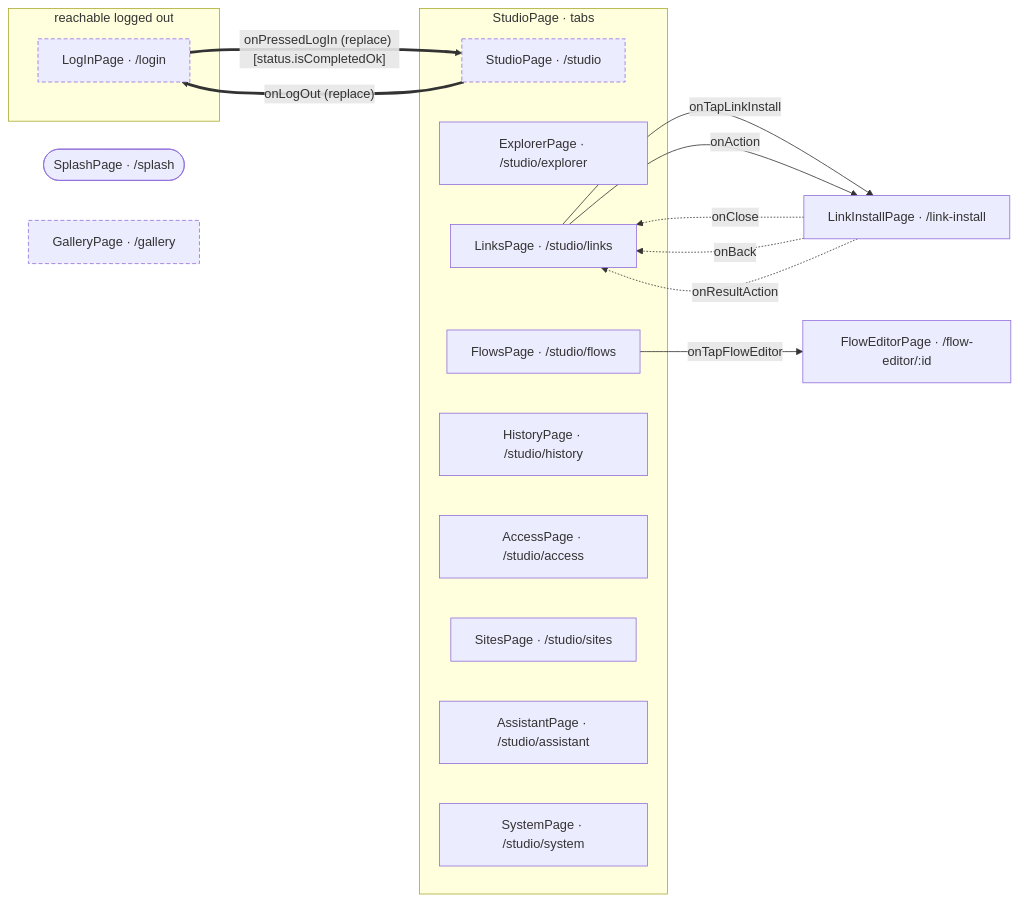
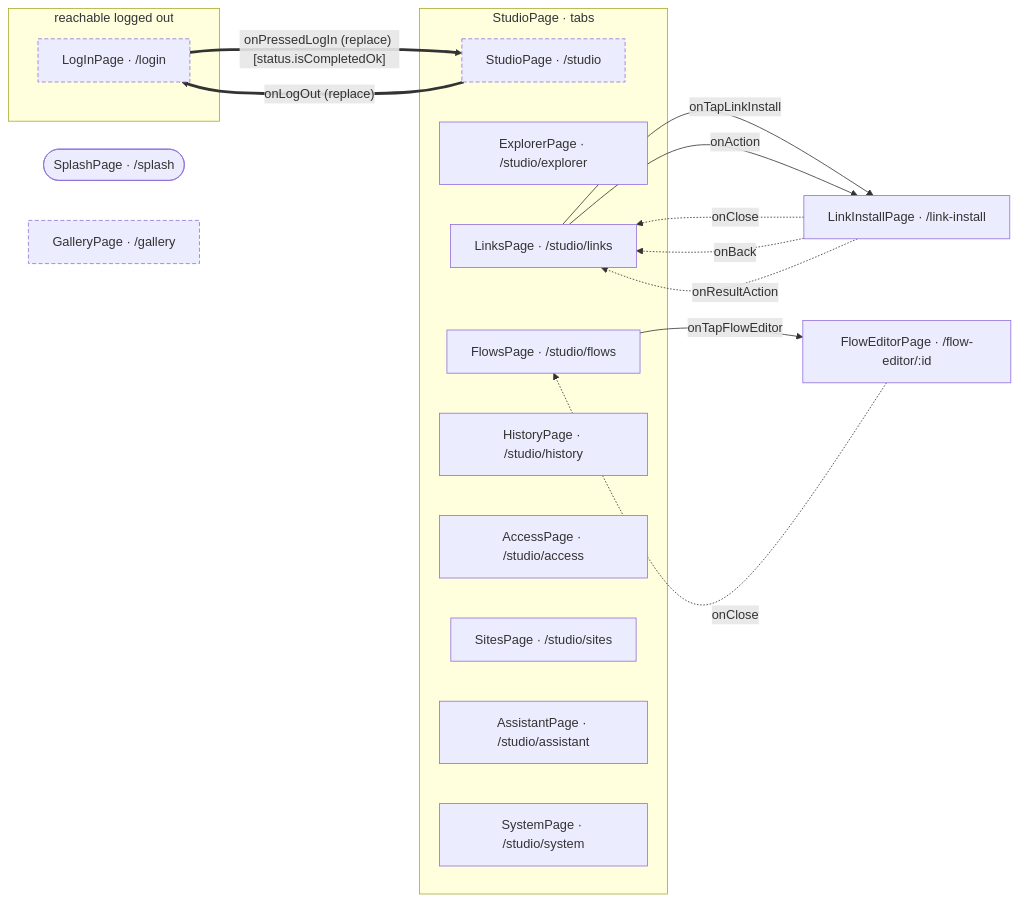
The diagram in studio/docs/flows/README.md (gencto/wyrm), drawn with Mermaid before and after one commit. The commit also changed other lines of this file and 43 other files, not shown here.

First line of the commit message:
studio: phase 10, Flows

````diff
--- a/studio/docs/flows/README.md
+++ b/studio/docs/flows/README.md
@@ -7,33 +7,34 @@
 ```mermaid
 flowchart LR
     subgraph frxPublic["reachable logged out"]
         logIn["LogInPage · /login"]
     end
     splash(["SplashPage · /splash"])
     gallery["GalleryPage · /gallery"]
     subgraph frxTabs_studio["StudioPage · tabs"]
         studio["StudioPage · /studio"]
         explorer["ExplorerPage · /studio/explorer"]
         links["LinksPage · /studio/links"]
         flows["FlowsPage · /studio/flows"]
         history["HistoryPage · /studio/history"]
         access["AccessPage · /studio/access"]
         sites["SitesPage · /studio/sites"]
         assistant["AssistantPage · /studio/assistant"]
         system["SystemPage · /studio/system"]
     end
     linkInstall["LinkInstallPage · /link-install"]
     flowEditor["FlowEditorPage · /flow-editor/:id"]
 
     logIn ==>|"onPressedLogIn (replace) [status.isCompletedOk]"| studio
     studio ==>|"onLogOut (replace)"| logIn
     links -->|"onTapLinkInstall"| linkInstall
     links -->|"onAction"| linkInstall
     flows -->|"onTapFlowEditor"| flowEditor
     linkInstall -.->|"onClose"| links
     linkInstall -.->|"onBack"| links
     linkInstall -.->|"onResultAction"| links
+    flowEditor -.->|"onClose"| flows
 
     classDef frxEntry stroke-dasharray: 5 3
     class logIn,gallery,studio frxEntry
 ```
````
